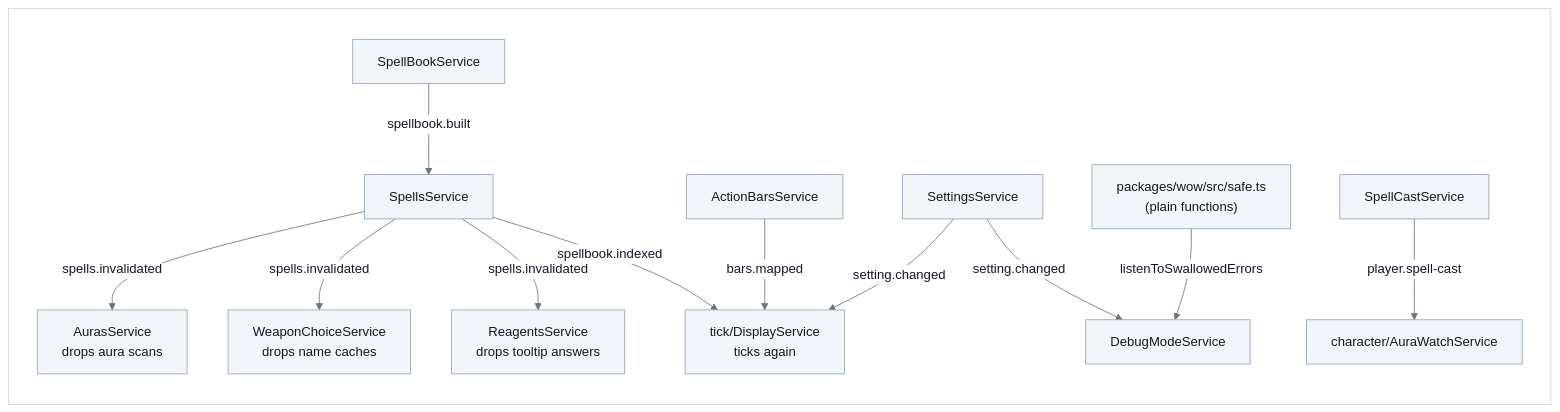
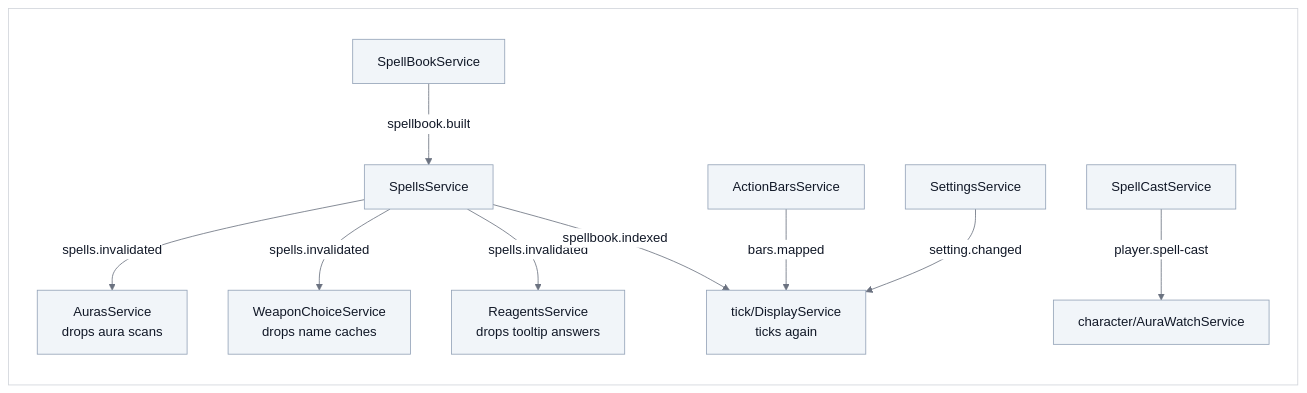
Before and after one commit to vattiss/wowkit: the sixth of 7 diagrams in docs/architecture.md, drawn with Mermaid. The commit also changed other lines of this file and 50 other files, not shown here.

````diff
--- a/docs/architecture.md
+++ b/docs/architecture.md
@@ -315,19 +311,17 @@
 ```mermaid
 %%{init: {"theme":"base","themeVariables":{"background":"#ffffff","lineColor":"#6b7280","textColor":"#111827","primaryColor":"#f1f5f9","primaryTextColor":"#111827","primaryBorderColor":"#94a3b8","secondaryColor":"#e2e8f0","tertiaryColor":"#ffffff","mainBkg":"#f1f5f9","nodeBorder":"#94a3b8","nodeTextColor":"#111827","titleColor":"#111827","edgeLabelBackground":"#ffffff","labelBackground":"#ffffff","labelTextColor":"#111827","clusterBkg":"#ffffff","clusterBorder":"#d1d5db","classText":"#111827","actorBkg":"#f1f5f9","actorTextColor":"#111827","actorBorder":"#94a3b8","actorLineColor":"#6b7280","signalColor":"#374151","signalTextColor":"#111827","noteBkgColor":"#fef9c3","noteTextColor":"#111827","noteBorderColor":"#ca8a04"}}}%%
 flowchart LR
     classDef default fill:#f1f5f9,stroke:#94a3b8,color:#111827
     subgraph PANEL[" "]
         spellbook["SpellBookService"] -- "spellbook.built" --> spells["SpellsService"]
         spells -- "spells.invalidated" --> auras["AurasService<br/>drops aura scans"]
         spells -- "spells.invalidated" --> weaponChoice["WeaponChoiceService<br/>drops name caches"]
         spells -- "spells.invalidated" --> reagents["ReagentsService<br/>drops tooltip answers"]
         spells -- "spellbook.indexed" --> display["tick/DisplayService<br/>ticks again"]
         actionBars["ActionBarsService"] -- "bars.mapped" --> display
         settings["SettingsService"] -- "setting.changed" --> display
-        settings -- "setting.changed" --> debug["DebugModeService"]
         cast["SpellCastService"] -- "player.spell-cast" --> watch["character/AuraWatchService"]
-        safe["packages/wow/src/safe.ts<br/>(plain functions)"] -- "listenToSwallowedErrors" --> debug
     end
     classDef panel fill:#ffffff,stroke:#d1d5db,color:#111827
     class PANEL panel
 ```
````
